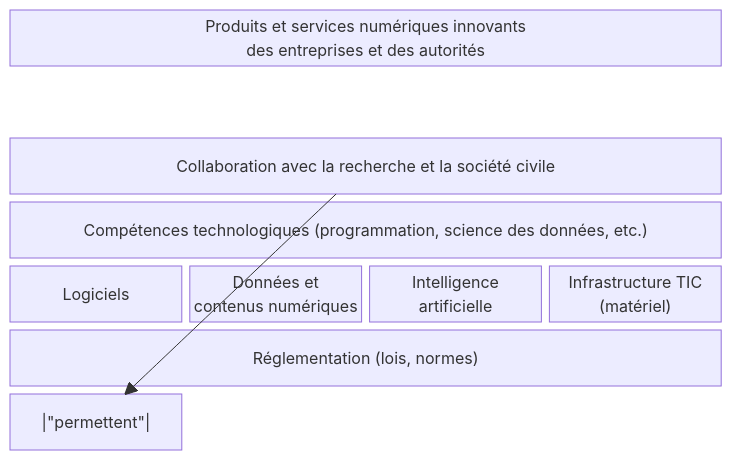
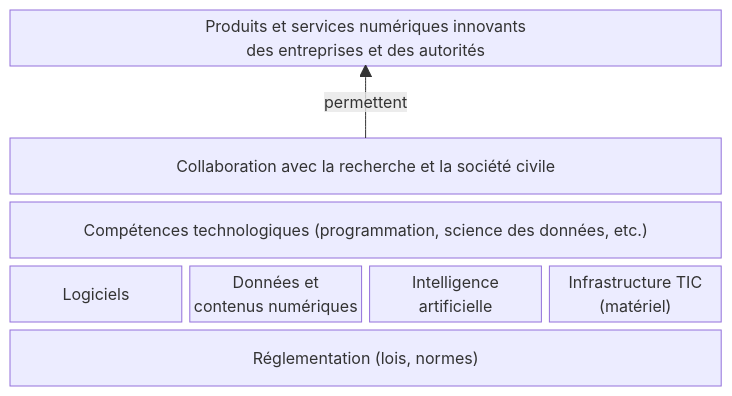
The third of 5 diagrams in docs/em002-7.adoc (736-c41-2c1-e464fc974/opensource-guidelines), drawn with Mermaid before and after one commit. The commit also changed other lines of this file, not shown here.

First line of the commit message:
Point the sovereignty arrow back at the roof

```diff
--- a/docs/em002-7.adoc
+++ b/docs/em002-7.adoc
@@ -1557,12 +1565,12 @@
 [mermaid,align="center",alt="Représentation schématique des aspects de la souveraineté numérique permettant la fourniture de produits et services innovants"]
 ....
 block-beta
   columns 4
   Roof["Produits et services numériques innovants<br/>des entreprises et des autorités"]:4
   space:4
   Collab["Collaboration avec la recherche et la société civile"]:4
   Skills["Compétences technologiques (programmation, science des données, etc.)"]:4
   SW["Logiciels"] Data["Données et<br/>contenus numériques"] AI["Intelligence<br/>artificielle"] Infra["Infrastructure TIC<br/>(matériel)"]
   Reg["Réglementation (lois, normes)"]:4
-  Collab -->|"permettent"| Roof
+  Collab-- "permettent" -->Roof
 ....
```
